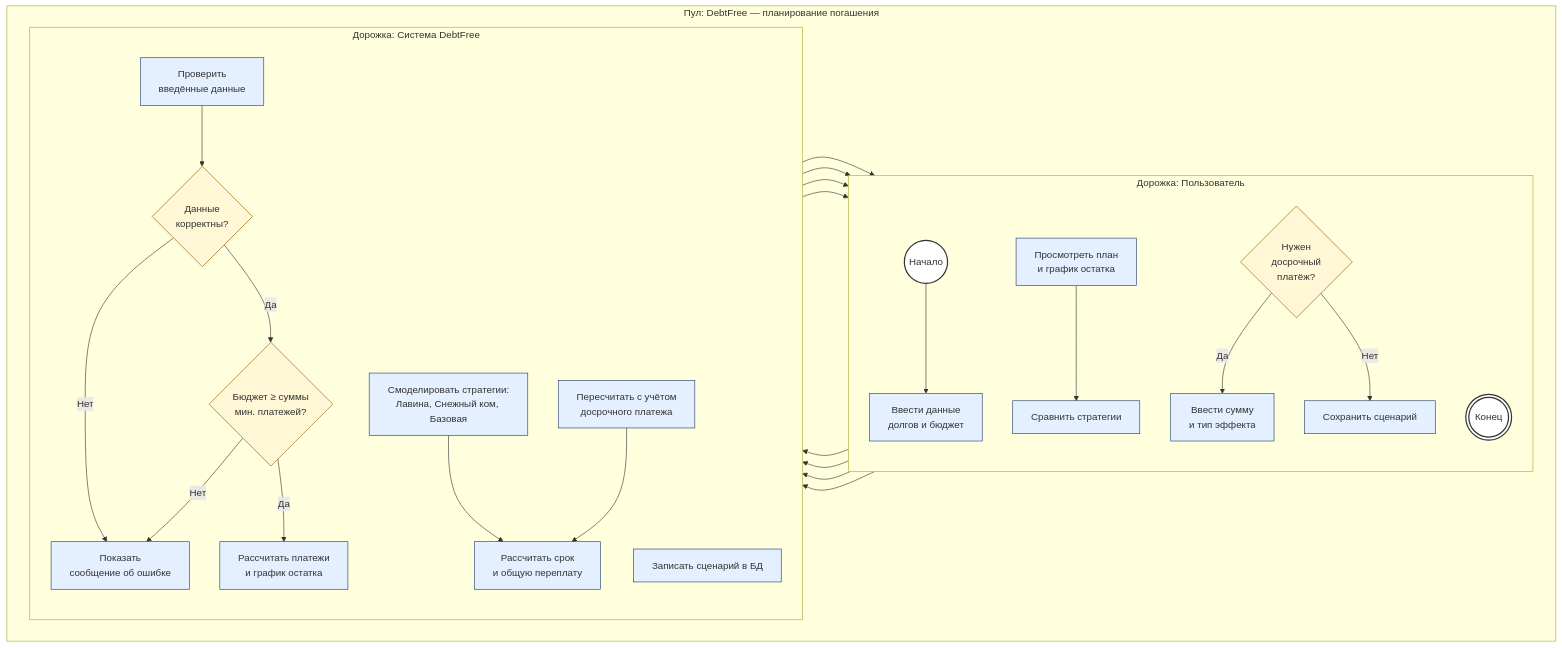
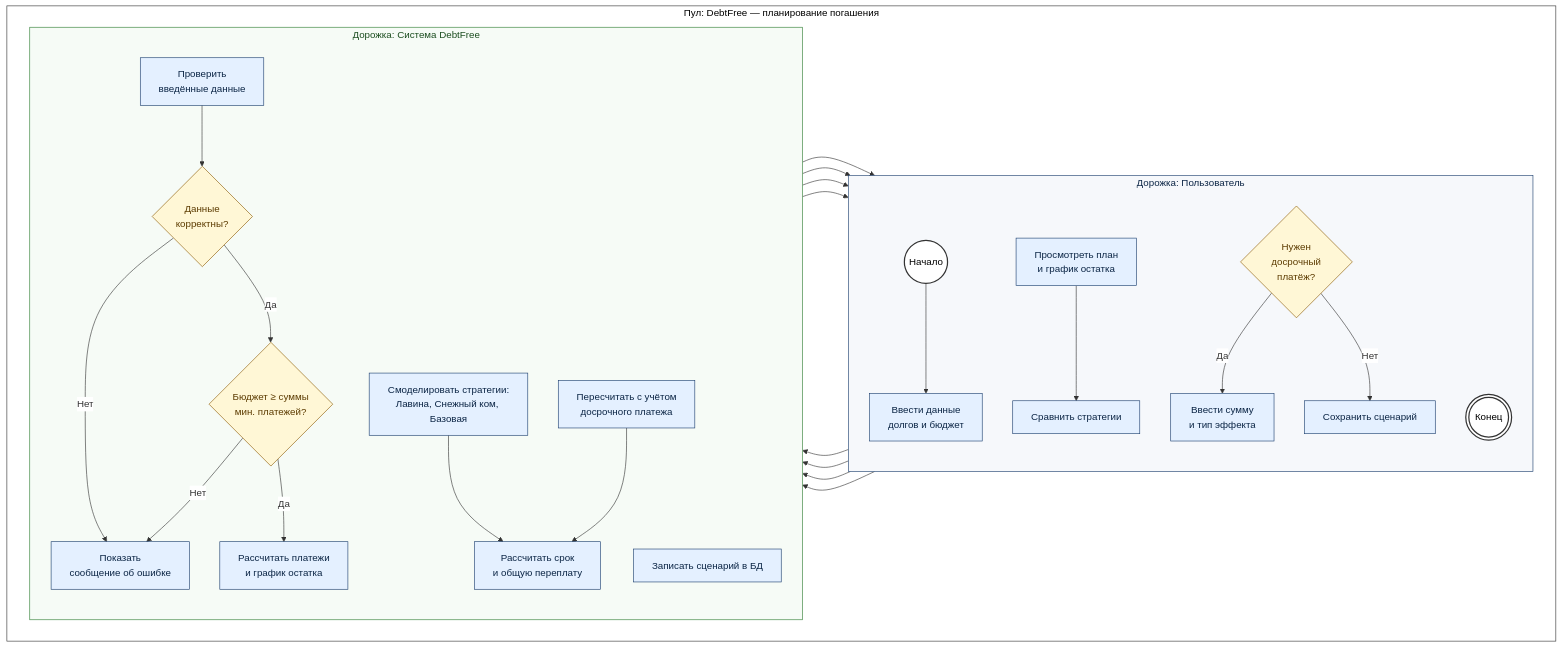
The second of 5 diagrams in README.md (NE4EL/DebtFree), drawn with Mermaid before and after one commit.

````diff
--- a/README.md
+++ b/README.md
@@ -91,46 +91,53 @@
 ```mermaid
+%%{init: {'theme':'base','themeVariables': {'edgeLabelBackground':'#ffffff','lineColor':'#333333','textColor':'#000000'}}}%%
 flowchart LR
     subgraph POOL["Пул: DebtFree — планирование погашения"]
         direction LR
 
         subgraph LU["Дорожка: Пользователь"]
             direction TB
             S(("Начало"))
             A1["Ввести данные<br/>долгов и бюджет"]
             A2["Просмотреть план<br/>и график остатка"]
             A3["Сравнить стратегии"]
             G3{"Нужен<br/>досрочный<br/>платёж?"}
             A4["Ввести сумму<br/>и тип эффекта"]
             A5["Сохранить сценарий"]
             E((("Конец")))
         end
 
         subgraph LS["Дорожка: Система DebtFree"]
             direction TB
             B1["Проверить<br/>введённые данные"]
             G1{"Данные<br/>корректны?"}
             G2{"Бюджет ≥ суммы<br/>мин. платежей?"}
             B2["Показать<br/>сообщение об ошибке"]
             B3["Рассчитать платежи<br/>и график остатка"]
             B4["Смоделировать стратегии:<br/>Лавина, Снежный ком, Базовая"]
             B5["Рассчитать срок<br/>и общую переплату"]
             B6["Пересчитать с учётом<br/>досрочного платежа"]
             B7["Записать сценарий в БД"]
         end
     end
 
     S --> A1 --> B1 --> G1
     G1 -- "Нет" --> B2 --> A1
     G1 -- "Да" --> G2
     G2 -- "Нет" --> B2
     G2 -- "Да" --> B3 --> A2 --> A3 --> B4 --> B5 --> G3
     G3 -- "Да" --> A4 --> B6 --> B5
     G3 -- "Нет" --> A5 --> B7 --> E
 
-    classDef event fill:#fff,stroke:#333,stroke-width:2px;
-    classDef gateway fill:#fff7d6,stroke:#8a5a00;
-    classDef task fill:#e4f0ff,stroke:#1a3d6d;
+    %% цвет текста задаётся параметром color
+    classDef event   fill:#ffffff,stroke:#333,stroke-width:2px,color:#000000;
+    classDef gateway fill:#fff7d6,stroke:#8a5a00,color:#5c3b00;
+    classDef task    fill:#e4f0ff,stroke:#1a3d6d,color:#0b2545;
     class S,E event;
     class G1,G2,G3 gateway;
     class A1,A2,A3,A4,A5,B1,B2,B3,B4,B5,B6,B7 task;
+
+    %% заголовки дорожек и пула
+    style POOL fill:#ffffff,stroke:#333,color:#000000
+    style LU   fill:#f6f8fb,stroke:#1a3d6d,color:#0b2545
+    style LS   fill:#f6fbf6,stroke:#2e7d32,color:#1b4d1f
 ```
````
